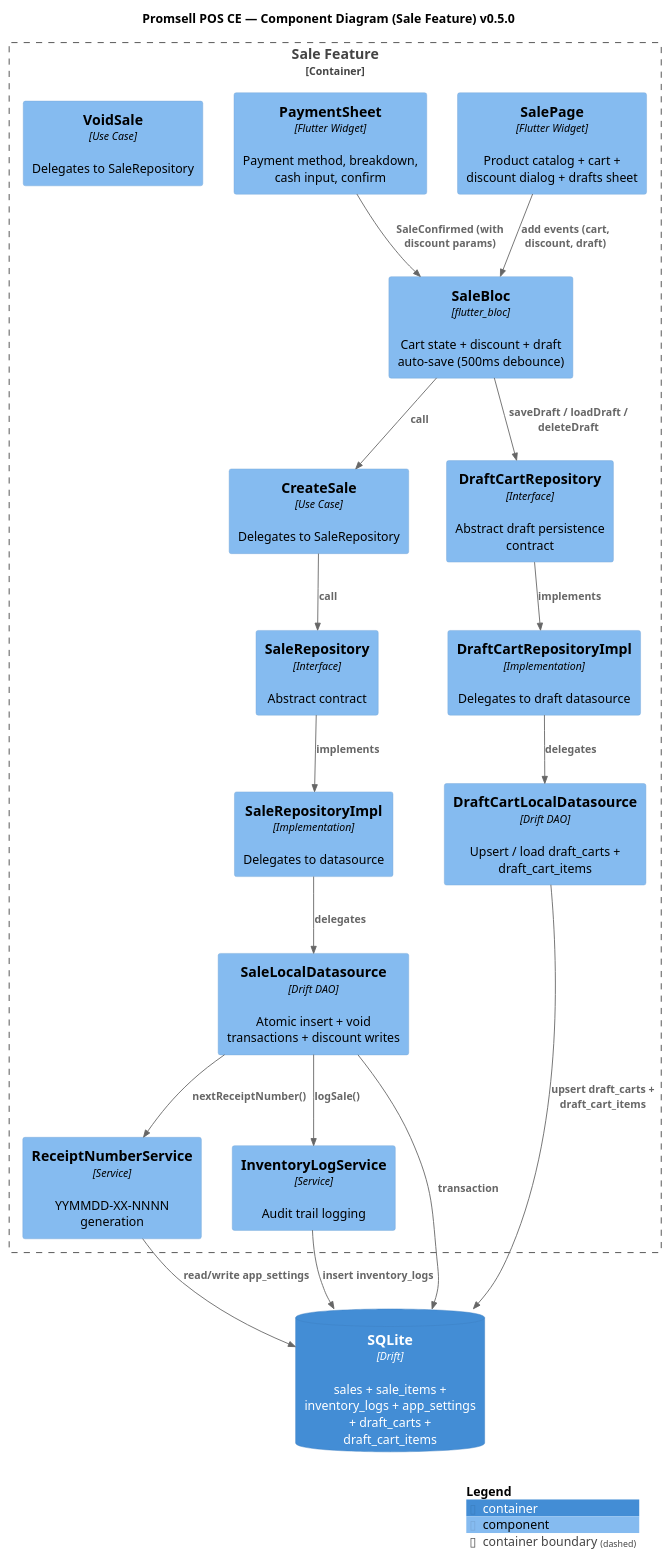
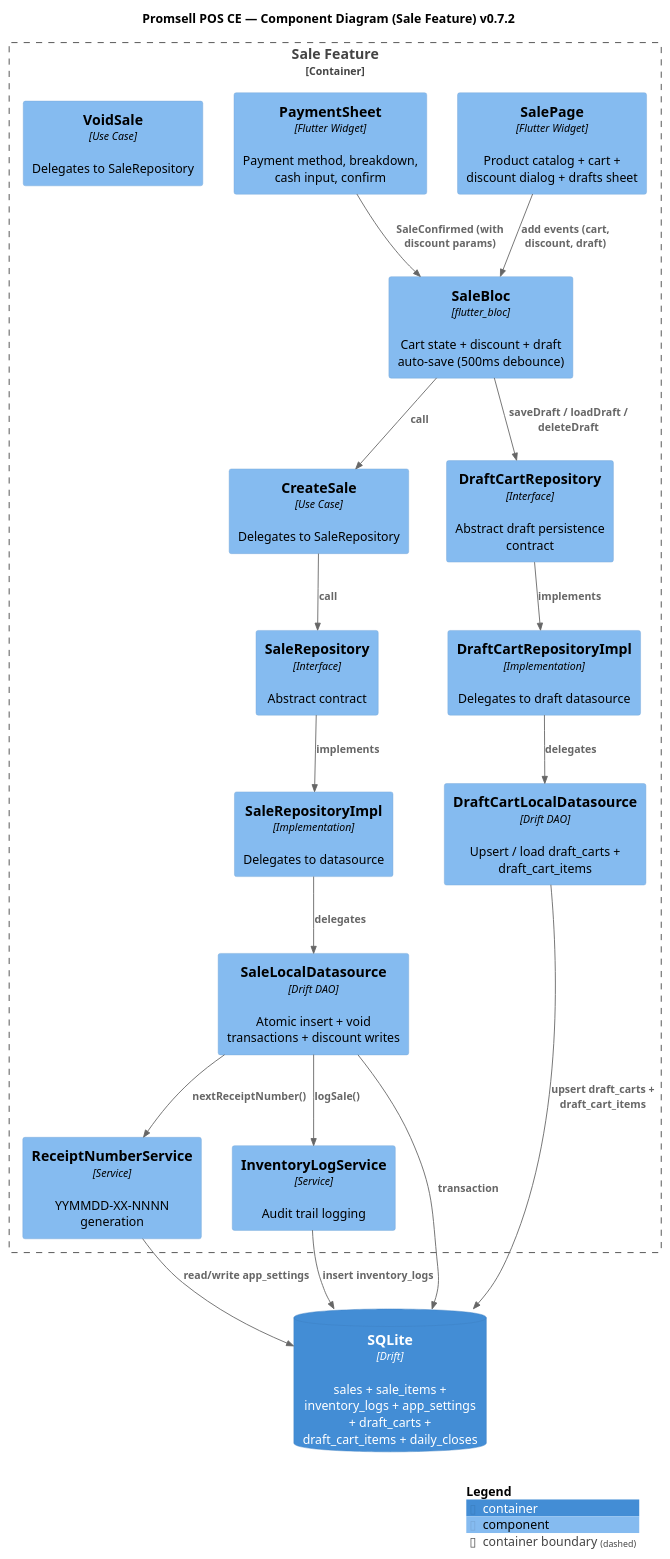
The diagram in docs/architecture/c4-component.puml (MN-Lizard-Team/promsell-pos-ce), drawn with PlantUML before and after one commit. The commit also changed 84 other files, not shown here.

```diff
--- a/docs/architecture/c4-component.puml
+++ b/docs/architecture/c4-component.puml
@@ -1,41 +1,41 @@
 @startuml C4_Component
 !include https://raw.githubusercontent.com/plantuml-stdlib/C4-PlantUML/master/C4_Component.puml
 
-title Promsell POS CE — Component Diagram (Sale Feature) v0.5.0
+title Promsell POS CE — Component Diagram (Sale Feature) v0.7.2
 
 Container_Boundary(sale_feature, "Sale Feature") {
     Component(sale_page, "SalePage", "Flutter Widget", "Product catalog + cart + discount dialog + drafts sheet")
     Component(payment_sheet, "PaymentSheet", "Flutter Widget", "Payment method, breakdown, cash input, confirm")
     Component(sale_bloc, "SaleBloc", "flutter_bloc", "Cart state + discount + draft auto-save (500ms debounce)")
     Component(create_sale_uc, "CreateSale", "Use Case", "Delegates to SaleRepository")
     Component(void_sale_uc, "VoidSale", "Use Case", "Delegates to SaleRepository")
     Component(sale_repo, "SaleRepository", "Interface", "Abstract contract")
     Component(sale_repo_impl, "SaleRepositoryImpl", "Implementation", "Delegates to datasource")
     Component(sale_ds, "SaleLocalDatasource", "Drift DAO", "Atomic insert + void transactions + discount writes")
     Component(receipt_svc, "ReceiptNumberService", "Service", "YYMMDD-XX-NNNN generation")
     Component(inv_log_svc, "InventoryLogService", "Service", "Audit trail logging")
     Component(draft_repo, "DraftCartRepository", "Interface", "Abstract draft persistence contract")
     Component(draft_repo_impl, "DraftCartRepositoryImpl", "Implementation", "Delegates to draft datasource")
     Component(draft_ds, "DraftCartLocalDatasource", "Drift DAO", "Upsert / load draft_carts + draft_cart_items")
 }
 
-ContainerDb(db, "SQLite", "Drift", "sales + sale_items + inventory_logs + app_settings + draft_carts + draft_cart_items")
+ContainerDb(db, "SQLite", "Drift", "sales + sale_items + inventory_logs + app_settings + draft_carts + draft_cart_items + daily_closes")
 
 Rel(sale_page, sale_bloc, "add events (cart, discount, draft)")
 Rel(payment_sheet, sale_bloc, "SaleConfirmed (with discount params)")
 Rel(sale_bloc, create_sale_uc, "call")
 Rel(sale_bloc, draft_repo, "saveDraft / loadDraft / deleteDraft")
 Rel(create_sale_uc, sale_repo, "call")
 Rel(sale_repo, sale_repo_impl, "implements")
 Rel(sale_repo_impl, sale_ds, "delegates")
 Rel(draft_repo, draft_repo_impl, "implements")
 Rel(draft_repo_impl, draft_ds, "delegates")
 Rel(sale_ds, receipt_svc, "nextReceiptNumber()")
 Rel(sale_ds, inv_log_svc, "logSale()")
 Rel(sale_ds, db, "transaction")
 Rel(receipt_svc, db, "read/write app_settings")
 Rel(inv_log_svc, db, "insert inventory_logs")
 Rel(draft_ds, db, "upsert draft_carts + draft_cart_items")
 
 SHOW_LEGEND()
 @enduml
```
